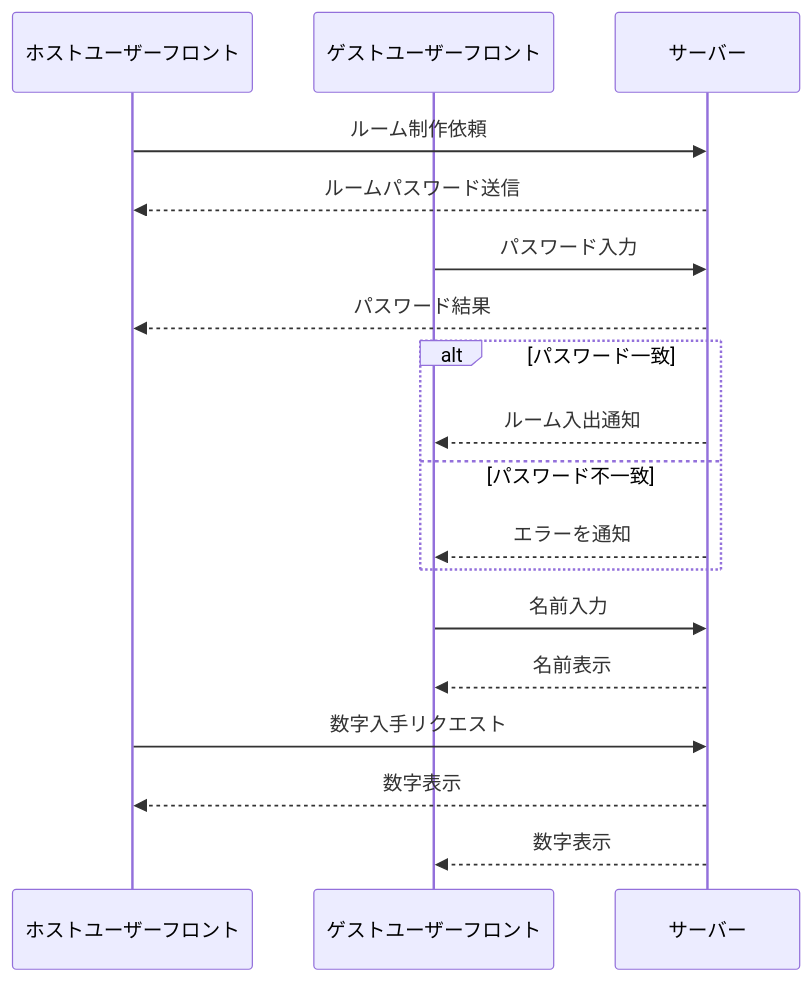
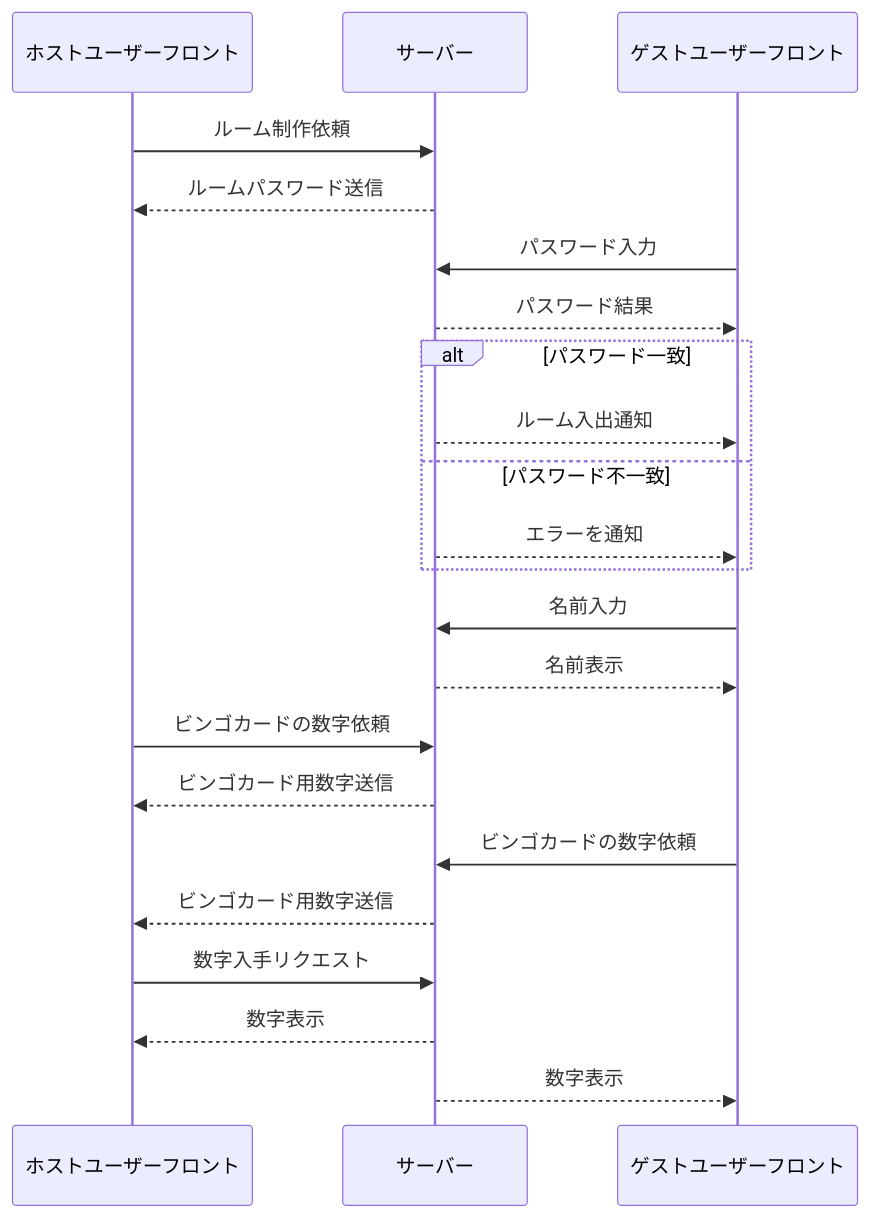
Before and after one commit to MizugutiK/Bingo: the diagram in README.md, drawn with Mermaid.

Commit message:
シーケンス図

````diff
--- a/README.md
+++ b/README.md
@@ -4,21 +4,25 @@
 ```mermaid
 sequenceDiagram;
 participant ホストユーザーフロント
+participant サーバー
 participant ゲストユーザーフロント
-participant サーバー
 
 ホストユーザーフロント  ->>     サーバー:ルーム制作依頼
 サーバー               -->>     ホストユーザーフロント:ルームパスワード送信
 ゲストユーザーフロント  ->>     サーバー:パスワード入力
-サーバー               -->>     ホストユーザーフロント:パスワード結果
+サーバー               -->>     ゲストユーザーフロント:パスワード結果
 alt パスワード一致　
 サーバー　-->> ゲストユーザーフロント:ルーム入出通知
 else パスワード不一致
 サーバー -->> ゲストユーザーフロント:エラーを通知
 end
 ゲストユーザーフロント  ->>     サーバー:名前入力
 サーバー               -->>      ゲストユーザーフロント:名前表示
+ホストユーザーフロント  ->>     サーバー:ビンゴカードの数字依頼
+サーバー               -->>     ホストユーザーフロント:ビンゴカード用数字送信
+ゲストユーザーフロント  ->>     サーバー:ビンゴカードの数字依頼
+サーバー               -->>     ホストユーザーフロント:ビンゴカード用数字送信
 ホストユーザーフロント  ->>     サーバー:数字入手リクエスト
 サーバー               -->>     ホストユーザーフロント:数字表示
 サーバー               -->>     ゲストユーザーフロント:数字表示
 ```
````
